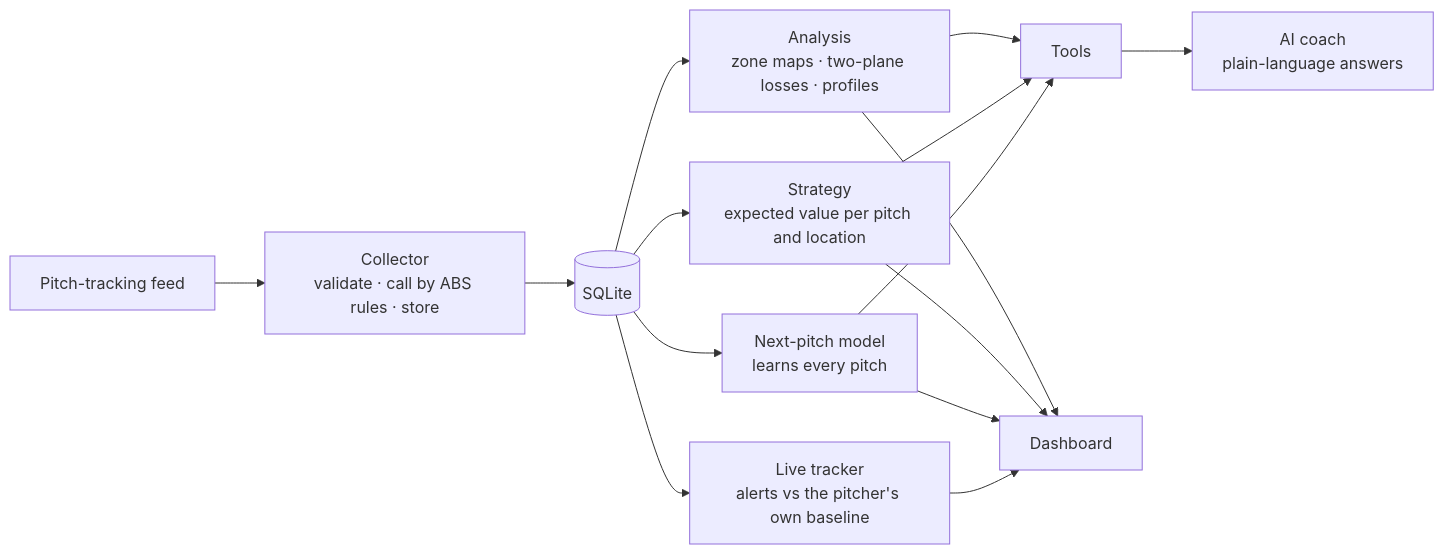
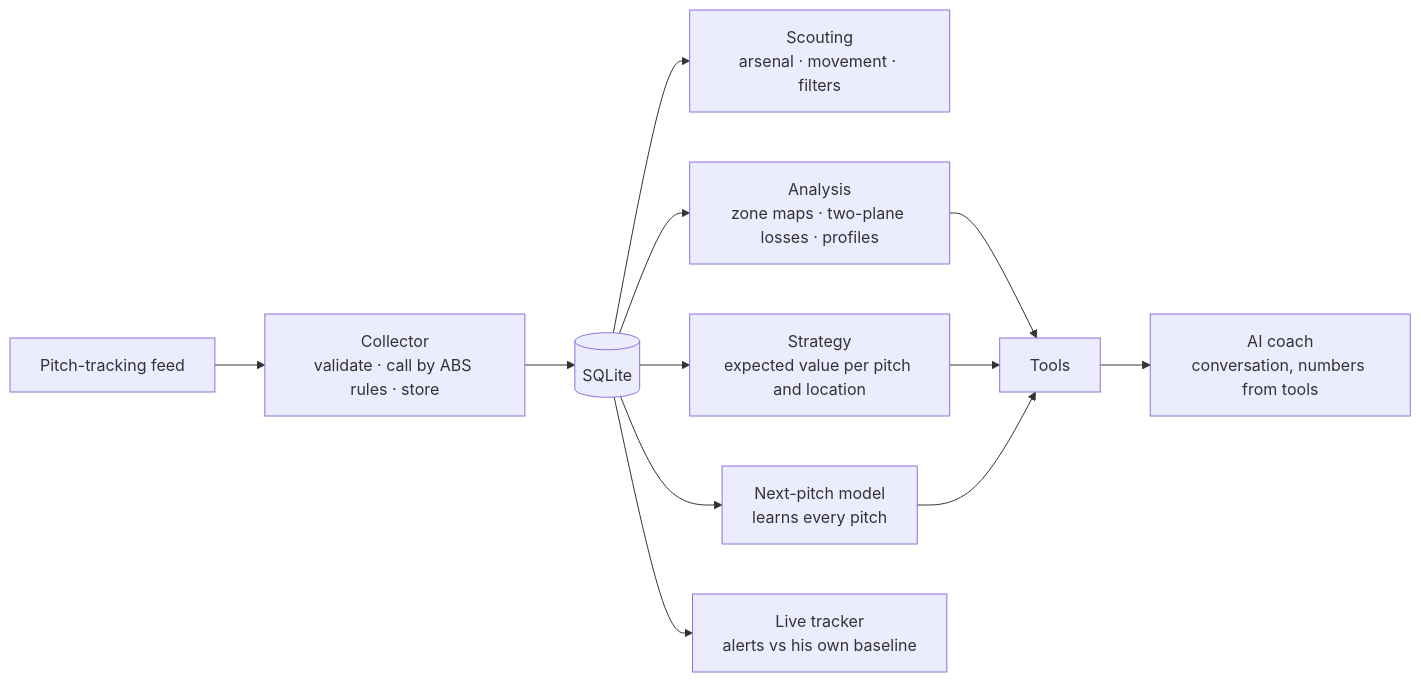
The diagram in README.md (joeljo2347-bit/kbo-abs-assist), drawn with Mermaid before and after one commit. The commit also changed other lines of this file and 34 other files, not shown here.

Commit message:
League calibrated to the KBO's official 2026 totals; handedness and pitch movement; Scouting view; conversational coach with readable key numbers; evals rerun on final data

````diff
--- a/README.md
+++ b/README.md
@@ -45,11 +55,11 @@
 ```mermaid
 flowchart LR
     F[Pitch-tracking feed] --> C[Collector<br/>validate · call by ABS rules · store]
     C --> D[(SQLite)]
+    D --> SC[Scouting<br/>arsenal · movement · filters]
     D --> A[Analysis<br/>zone maps · two-plane losses · profiles]
     D --> S[Strategy<br/>expected value per pitch and location]
     D --> P[Next-pitch model<br/>learns every pitch]
-    D --> L[Live tracker<br/>alerts vs the pitcher's own baseline]
-    A & S & P --> T[Tools] --> AI[AI coach<br/>plain-language answers]
-    A & S & P & L --> UI[Dashboard]
+    D --> L[Live tracker<br/>alerts vs his own baseline]
+    A & S & P --> T[Tools] --> AI[AI coach<br/>conversation, numbers from tools]
 ```
````
